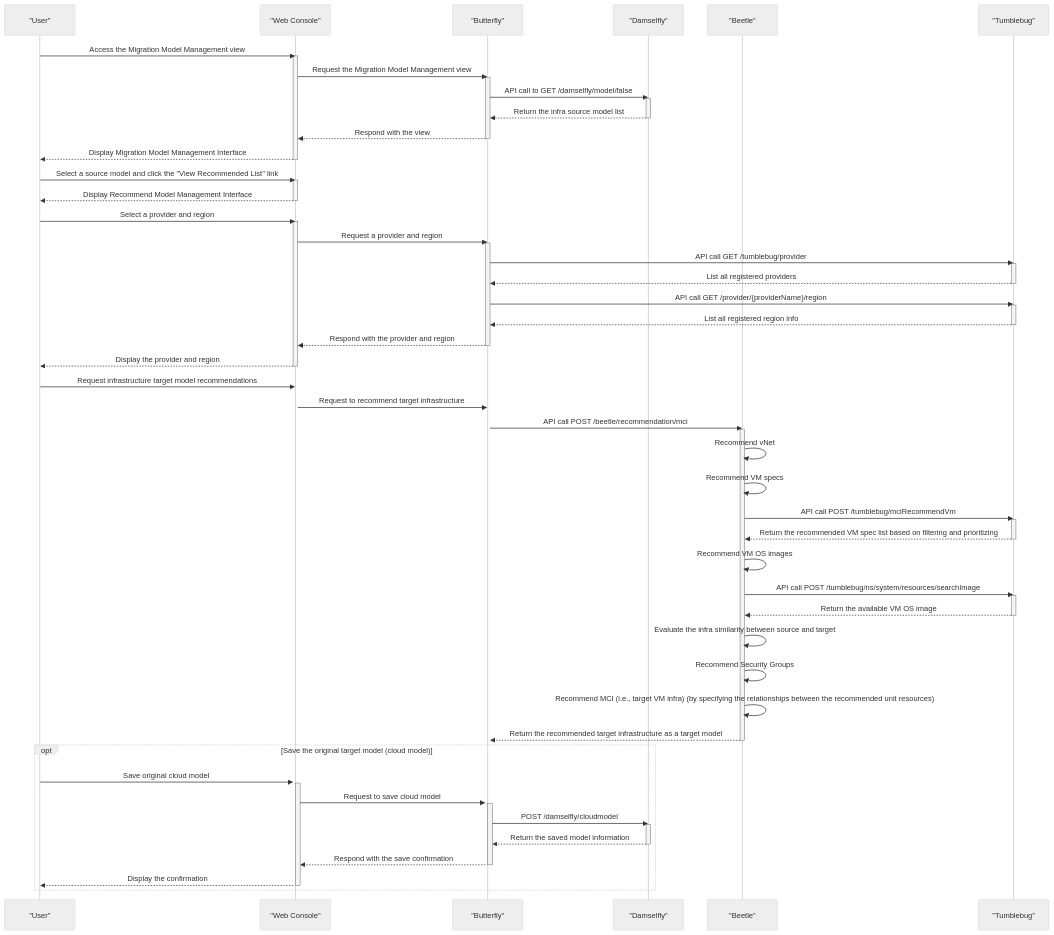
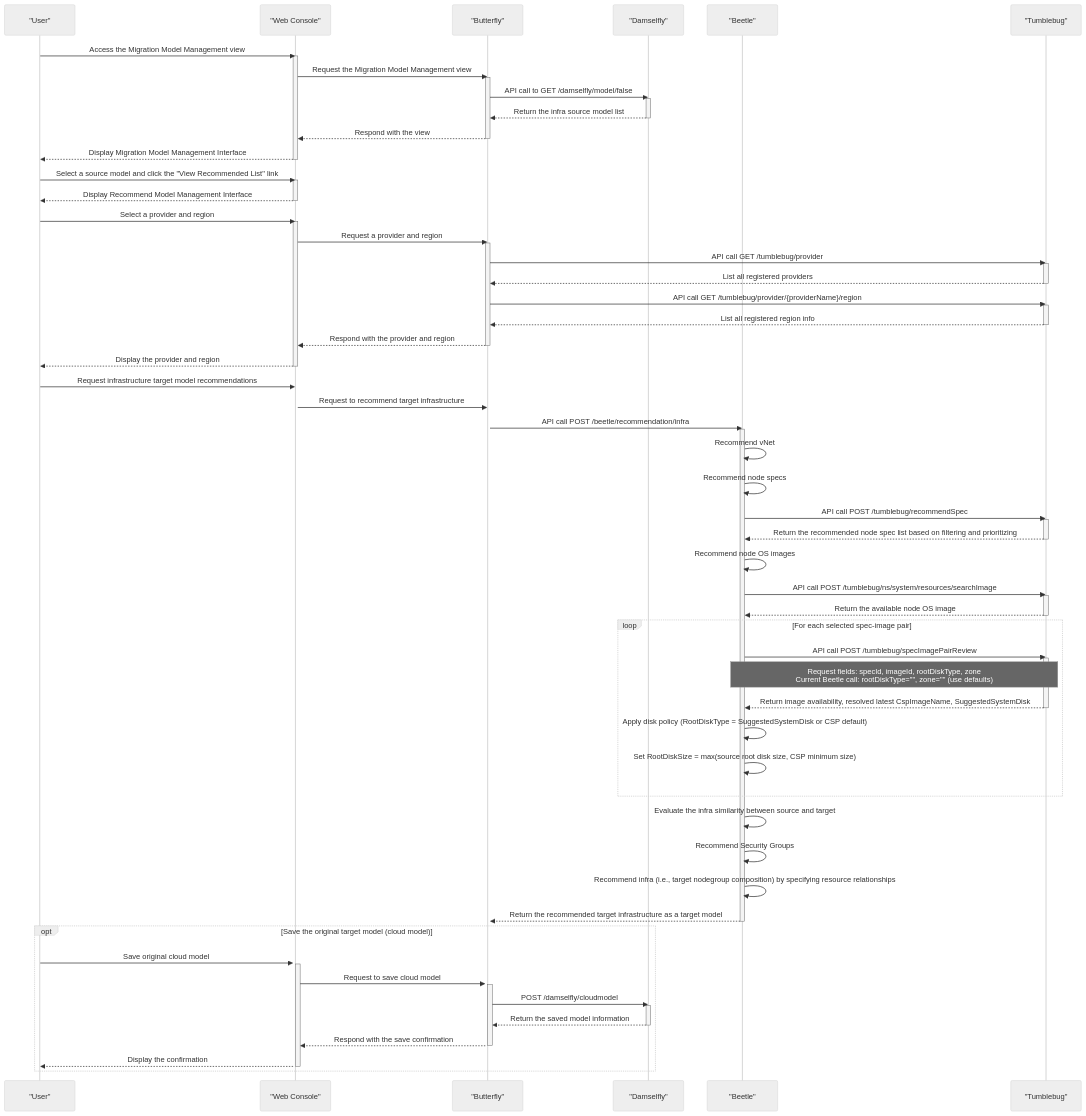
The seventh of 12 diagrams in docs/v0.6.0-user-scenario-for-computing-infra-migration.md (cloud-barista/cloud-migrator), drawn with Mermaid (neutral theme) before and after one commit. The commit also changed other lines of this file and 2 other files, not shown here.

Commit message:
update(docs): reflect naming convention changes and infra mig secnario

```diff
--- a/docs/v0.6.0-user-scenario-for-computing-infra-migration.md
+++ b/docs/v0.6.0-user-scenario-for-computing-infra-migration.md
@@ -407,7 +409,7 @@
 	activate Tumblebug
 	Tumblebug-->>Butterfly: List all registered providers
 	deactivate Tumblebug
-	Butterfly->>Tumblebug: API call GET /provider/{providerName}/region
+    Butterfly->>Tumblebug: API call GET /tumblebug/provider/{providerName}/region
 	activate Tumblebug
 	Tumblebug-->>Butterfly: List all registered region info
 	deactivate Tumblebug
@@ -424,22 +426,31 @@
 
     Browser->>Butterfly: Request to recommend target infrastructure
     activate Butterfly
-    Butterfly->>Beetle: API call POST /beetle/recommendation/mci
+    Butterfly->>Beetle: API call POST /beetle/recommendation/infra
     activate Beetle
     Beetle->>Beetle: Recommend vNet
-    Beetle->>Beetle: Recommend VM specs
-    Beetle->>Tumblebug: API call POST /tumblebug/mciRecommendVm
+    Beetle->>Beetle: Recommend node specs
+    Beetle->>Tumblebug: API call POST /tumblebug/recommendSpec
     activate Tumblebug
-    Tumblebug-->>Beetle: Return the recommended VM spec list based on filtering and prioritizing
+    Tumblebug-->>Beetle: Return the recommended node spec list based on filtering and prioritizing
     deactivate Tumblebug
-    Beetle->>Beetle: Recommend VM OS images
+    Beetle->>Beetle: Recommend node OS images
     Beetle->>Tumblebug: API call POST /tumblebug/ns/system/resources/searchImage
     activate Tumblebug
-    Tumblebug-->>Beetle: Return the available VM OS image
+    Tumblebug-->>Beetle: Return the available node OS image
     deactivate Tumblebug
+    loop For each selected spec-image pair
+        Beetle->>Tumblebug: API call POST /tumblebug/specImagePairReview
+        activate Tumblebug
+        Note over Beetle,Tumblebug: Request fields: specId, imageId, rootDiskType, zone<br/>Current Beetle call: rootDiskType="", zone="" (use defaults)
+        Tumblebug-->>Beetle: Return image availability, resolved latest CspImageName, SuggestedSystemDisk
+        deactivate Tumblebug
+        Beetle->>Beetle: Apply disk policy (RootDiskType = SuggestedSystemDisk or CSP default)
+        Beetle->>Beetle: Set RootDiskSize = max(source root disk size, CSP minimum size)
+    end
     Beetle->>Beetle: Evaluate the infra similarity between source and target
     Beetle->>Beetle: Recommend Security Groups
-    Beetle->>Beetle: Recommend MCI (i.e., target VM infra) (by specifying the relationships between the recommended unit resources)
+    Beetle->>Beetle: Recommend infra (i.e., target nodegroup composition) by specifying resource relationships
     Beetle-->>Butterfly: Return the recommended target infrastructure as a target model
     deactivate Beetle
 
```
